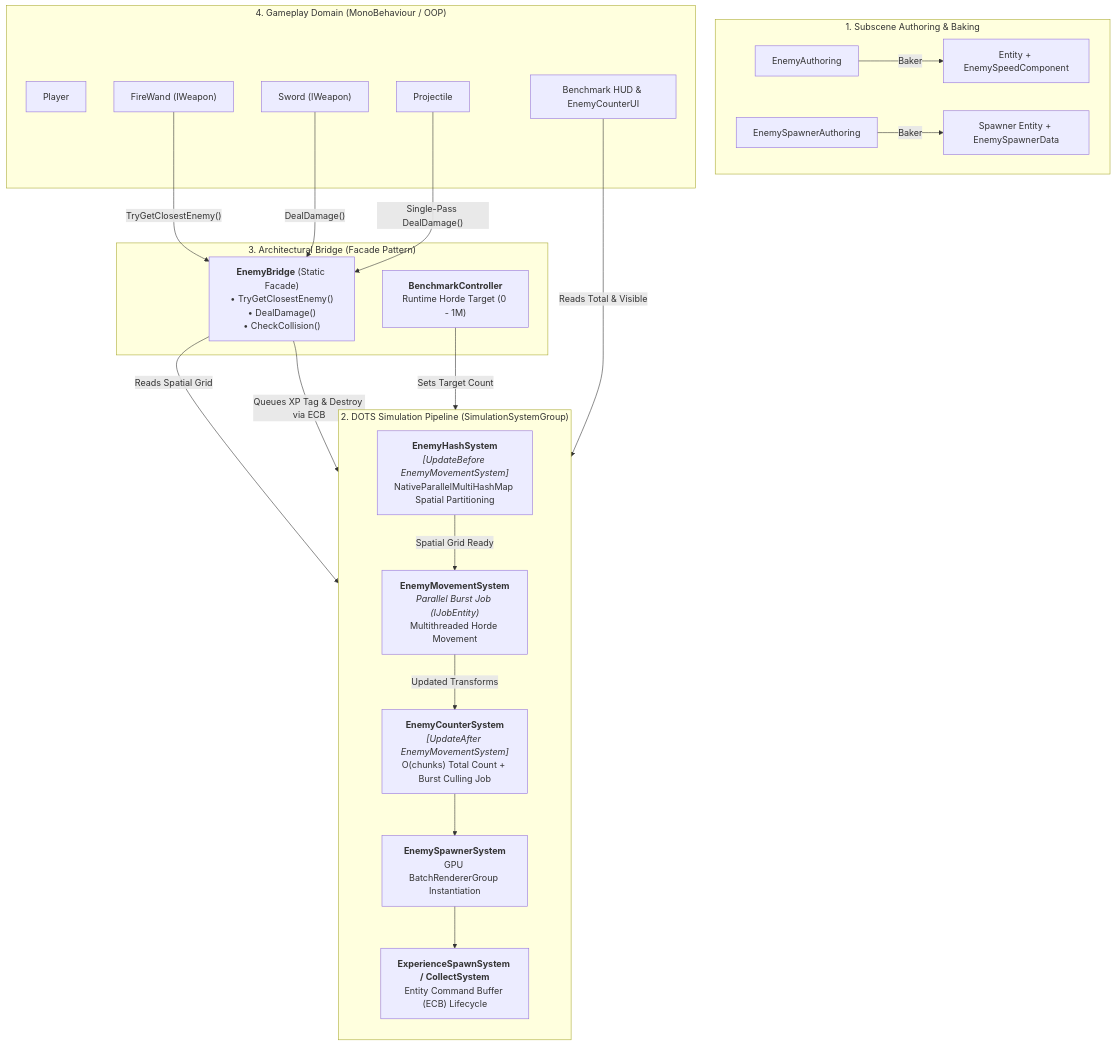
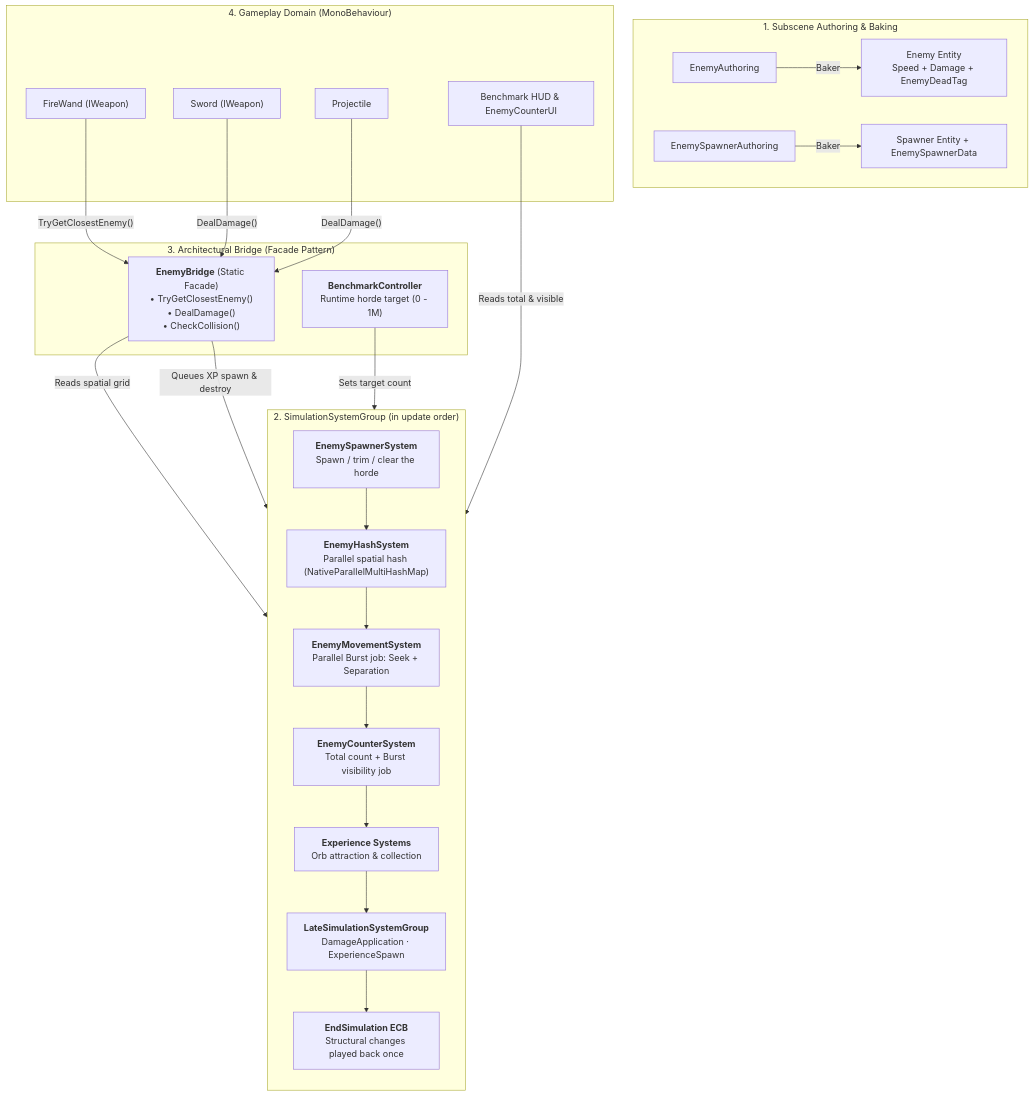
Before and after one commit to ms292435/Roguelike_Game: the diagram in README.md, drawn with Mermaid. The commit also changed other lines of this file and 21 other files, not shown here.

````diff
--- a/README.md
+++ b/README.md
@@ -176,43 +106,41 @@
 ```mermaid
 flowchart TD
     subgraph AuthoringLayer ["1. Subscene Authoring & Baking"]
-        EA["EnemyAuthoring"] -->|Baker| EC["Entity + EnemySpeedComponent"]
+        EA["EnemyAuthoring"] -->|Baker| EC["Enemy Entity<br/>Speed + Damage + EnemyDeadTag"]
         ESA["EnemySpawnerAuthoring"] -->|Baker| ED["Spawner Entity + EnemySpawnerData"]
     end
 
-    subgraph SimulationPipeline ["2. DOTS Simulation Pipeline (SimulationSystemGroup)"]
+    subgraph SimulationPipeline ["2. SimulationSystemGroup (in update order)"]
         direction TB
-        EHS["<b>EnemyHashSystem</b><br/><i>[UpdateBefore EnemyMovementSystem]</i><br/>NativeParallelMultiHashMap Spatial Partitioning"]
-        EMS["<b>EnemyMovementSystem</b><br/><i>Parallel Burst Job (IJobEntity)</i><br/>Multithreaded Horde Movement"]
-        ECS["<b>EnemyCounterSystem</b><br/><i>[UpdateAfter EnemyMovementSystem]</i><br/>O(chunks) Total Count + Burst Culling Job"]
-        ESS["<b>EnemySpawnerSystem</b><br/>GPU BatchRendererGroup Instantiation"]
-        EXS["<b>ExperienceSpawnSystem / CollectSystem</b><br/>Entity Command Buffer (ECB) Lifecycle"]
+        ESS["<b>EnemySpawnerSystem</b><br/>Spawn / trim / clear the horde"]
+        EHS["<b>EnemyHashSystem</b><br/>Parallel spatial hash (NativeParallelMultiHashMap)"]
+        EMS["<b>EnemyMovementSystem</b><br/>Parallel Burst job: Seek + Separation"]
+        ECS["<b>EnemyCounterSystem</b><br/>Total count + Burst visibility job"]
+        EXS["<b>Experience Systems</b><br/>Orb attraction & collection"]
+        LATE["<b>LateSimulationSystemGroup</b><br/>DamageApplication · ExperienceSpawn"]
+        ECB["<b>EndSimulation ECB</b><br/>Structural changes played back once"]
 
-        EHS -->|Spatial Grid Ready| EMS
-        EMS -->|Updated Transforms| ECS
-        ECS --> ESS
-        ESS --> EXS
+        ESS --> EHS --> EMS --> ECS --> EXS --> LATE --> ECB
     end
 
     subgraph HybridFacade ["3. Architectural Bridge (Facade Pattern)"]
         EB["<b>EnemyBridge</b> (Static Facade)<br/>• TryGetClosestEnemy()<br/>• DealDamage()<br/>• CheckCollision()"]
-        BC["<b>BenchmarkController</b><br/>Runtime Horde Target (0 - 1M)"]
+        BC["<b>BenchmarkController</b><br/>Runtime horde target (0 - 1M)"]
     end
 
-    subgraph GameplayLayer ["4. Gameplay Domain (MonoBehaviour / OOP)"]
-        PL["Player"]
+    subgraph GameplayLayer ["4. Gameplay Domain (MonoBehaviour)"]
         FW["FireWand (IWeapon)"]
         SW["Sword (IWeapon)"]
         PR["Projectile"]
         UI["Benchmark HUD & EnemyCounterUI"]
     end
 
-    BC -->|"Sets Target Count"| ESS
-    UI -->|"Reads Total & Visible"| ECS
+    BC -->|"Sets target count"| ESS
+    UI -->|"Reads total & visible"| ECS
     FW -->|"TryGetClosestEnemy()"| EB
     SW -->|"DealDamage()"| EB
-    PR -->|"Single-Pass DealDamage()"| EB
+    PR -->|"DealDamage()"| EB
 
-    EB -->|"Reads Spatial Grid"| EHS
-    EB -->|"Queues XP Tag & Destroy via ECB"| SimulationPipeline
+    EB -->|"Reads spatial grid"| EHS
+    EB -->|"Queues XP spawn & destroy"| ECB
 ```
````
